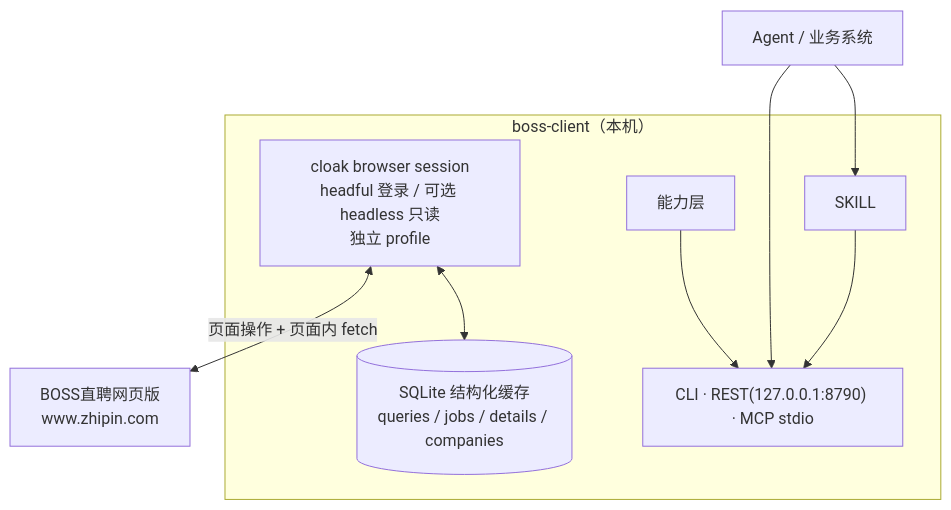
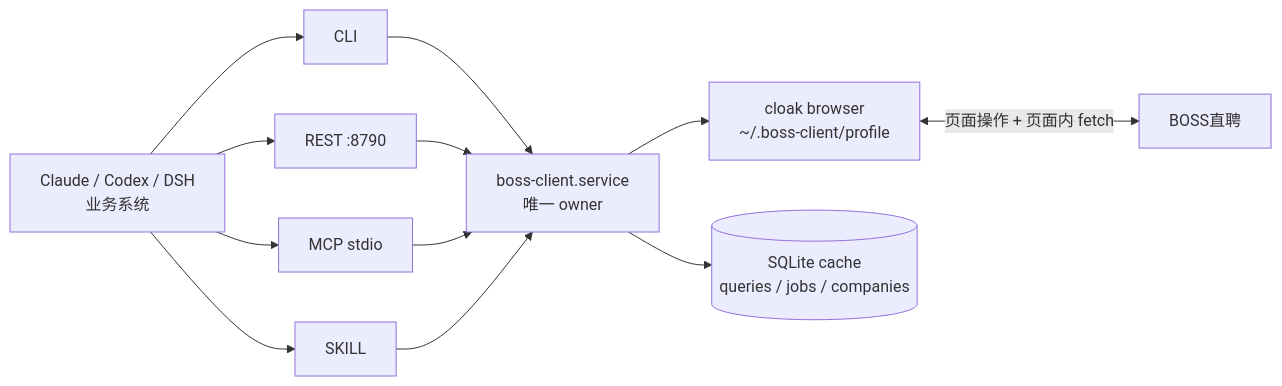
One commit to CindyRIng/boss-client changed the diagram in README.md. Above: the diagram before and after it, drawn with Mermaid. The commit also changed other lines of this file and 11 other files, not shown here.

````diff
--- a/README.md
+++ b/README.md
@@ -32,17 +61,16 @@
 ```mermaid
-flowchart TB
-  W["BOSS直聘网页版<br/>www.zhipin.com"]
-  subgraph BC["boss-client（本机）"]
-    CB["cloak browser session<br/>headful 登录 / 可选 headless 只读<br/>独立 profile"]
-    LC[("SQLite 结构化缓存<br/>queries / jobs / details / companies")]
-    CAP["能力层"]
-    IF["CLI · REST(127.0.0.1:8790) · MCP stdio"]
-    SK["SKILL"]
-    CB <--> LC
-    CAP --> IF
-    SK --> IF
-  end
-  CB <-->|"页面操作 + 页面内 fetch"| W
-  AG["Agent / 业务系统"] --> SK
-  AG --> IF
+flowchart LR
+  AG["Claude / Codex / DSH<br/>业务系统"] --> CLI["CLI"]
+  AG --> REST["REST :8790"]
+  AG --> MCP["MCP stdio"]
+  AG --> SK["SKILL"]
+
+  CLI --> SVC["boss-client.service<br/>唯一 owner"]
+  REST --> SVC
+  MCP --> SVC
+  SK --> SVC
+
+  SVC --> BR["cloak browser<br/>~/.boss-client/profile"]
+  SVC --> DB[("SQLite cache<br/>queries / jobs / companies")]
+  BR <-->|"页面操作 + 页面内 fetch"| BOSS["BOSS直聘"]
 ```
````
